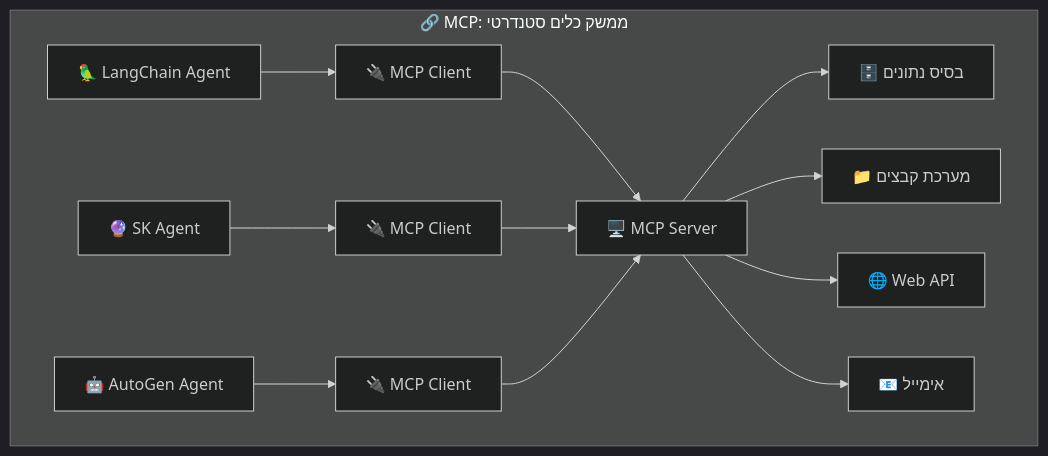
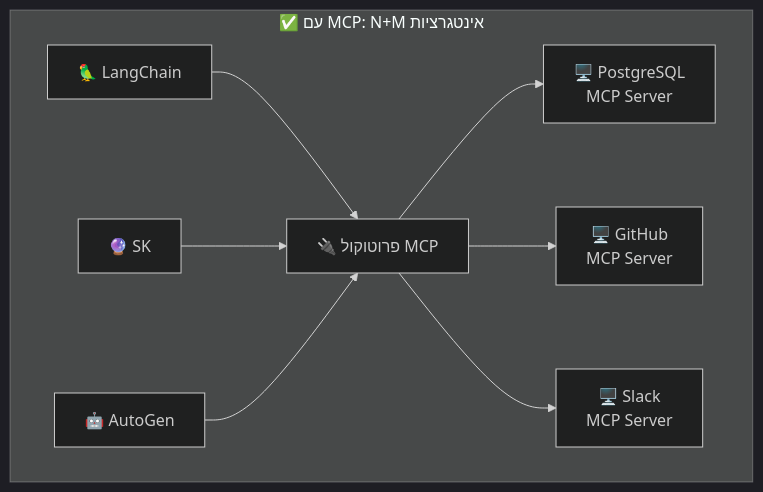
Before and after one commit to roie9876/AI-Agent-Platform: diagram 14 of 27 in education/heb/16-agent-frameworks.md, drawn with Mermaid (dark theme). The commit also changed other lines of this file and 1 other file, not shown here.

Commit message:
fix+feat: escape dollar signs in mermaid, expand MCP and A2A sections in chapter 16 with architecture diagrams, code examples, Agent Card JSON samples, and communication flows

````diff
--- a/education/heb/16-agent-frameworks.md
+++ b/education/heb/16-agent-frameworks.md
@@ -645,15 +666,11 @@
 ```mermaid
 graph TB
-    subgraph "🔗 MCP: ממשק כלים סטנדרטי"
-        Agent1["🦜 LangChain Agent"] --> MCP_Client["🔌 MCP Client"]
-        Agent2["🔮 SK Agent"] --> MCP_Client2["🔌 MCP Client"]
-        Agent3["🤖 AutoGen Agent"] --> MCP_Client3["🔌 MCP Client"]
-        
-        MCP_Client & MCP_Client2 & MCP_Client3 --> MCP_Server["🖥️ MCP Server"]
-        
-        MCP_Server --> Tool1["🗄️ בסיס נתונים"]
-        MCP_Server --> Tool2["📁 מערכת קבצים"]
-        MCP_Server --> Tool3["🌐 Web API"]
-        MCP_Server --> Tool4["📧 אימייל"]
+    subgraph "✅ עם MCP: N+M אינטגרציות"
+        A1["🦜 LangChain"] --> MC["🔌 פרוטוקול MCP"]
+        A2["🔮 SK"] --> MC
+        A3["🤖 AutoGen"] --> MC
+        MC --> S1["🖥️ PostgreSQL<br/>MCP Server"]
+        MC --> S2["🖥️ GitHub<br/>MCP Server"]
+        MC --> S3["🖥️ Slack<br/>MCP Server"]
     end
 ```
````
